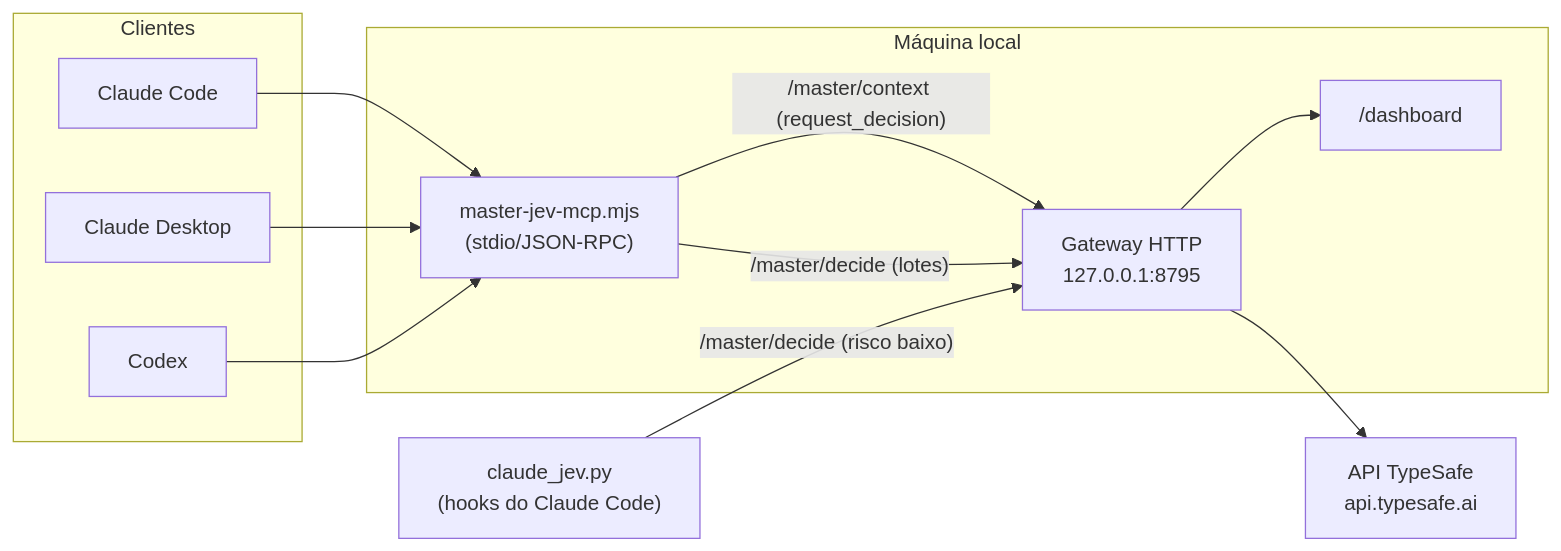
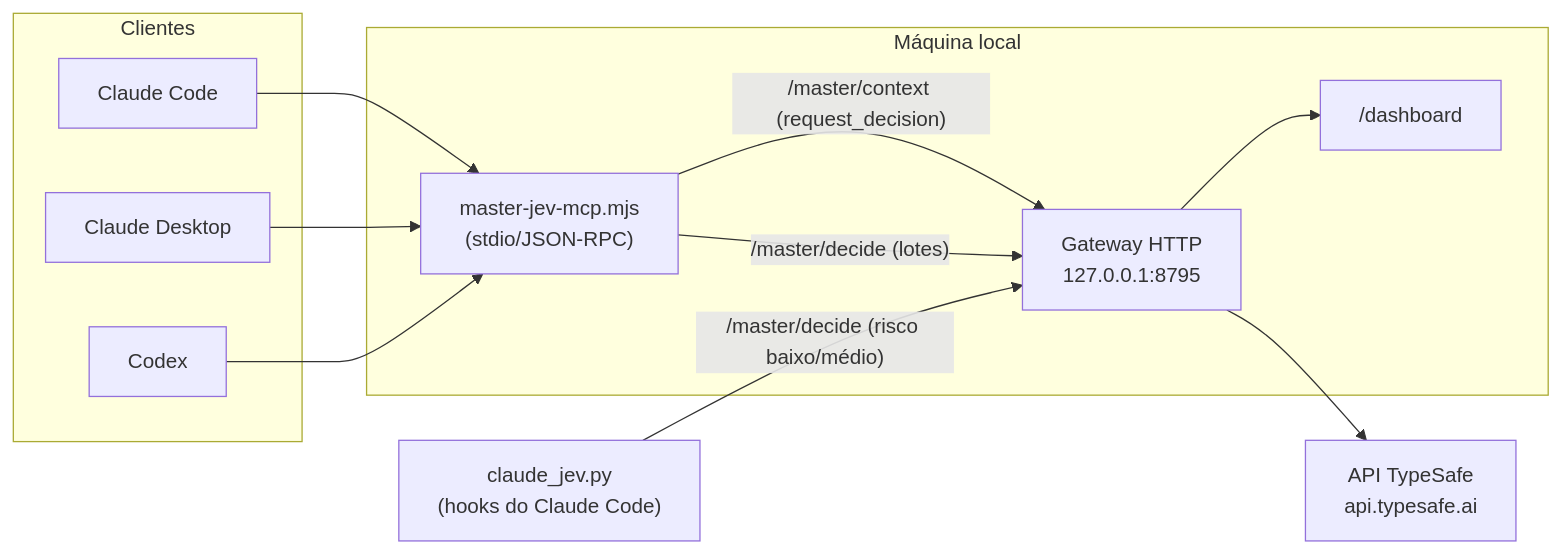
One commit to sophia-phillipa/master-jev-hook changed the second of 2 diagrams in README.md. Above: the diagram before and after it, drawn with Mermaid. The commit also changed other lines of this file and 9 other files, not shown here.

````diff
--- a/README.md
+++ b/README.md
@@ -472,24 +509,24 @@
 ```mermaid
 flowchart LR
     subgraph Clientes
         CC[Claude Code]
         CD[Claude Desktop]
         CX[Codex]
     end
     subgraph Local["Máquina local"]
         MCP["master-jev-mcp.mjs\n(stdio/JSON-RPC)"]
         GW["Gateway HTTP\n127.0.0.1:8795"]
         DASH["/dashboard"]
     end
     API["API TypeSafe\napi.typesafe.ai"]
     HOOKS["claude_jev.py\n(hooks do Claude Code)"]
 
     CC --> MCP
     CD --> MCP
     CX --> MCP
     MCP -->|"/master/context (request_decision)"| GW
     MCP -->|"/master/decide (lotes)"| GW
-    HOOKS -->|"/master/decide (risco baixo)"| GW
+    HOOKS -->|"/master/decide (risco baixo/médio)"| GW
     GW --> API
     GW --> DASH
 ```
````
